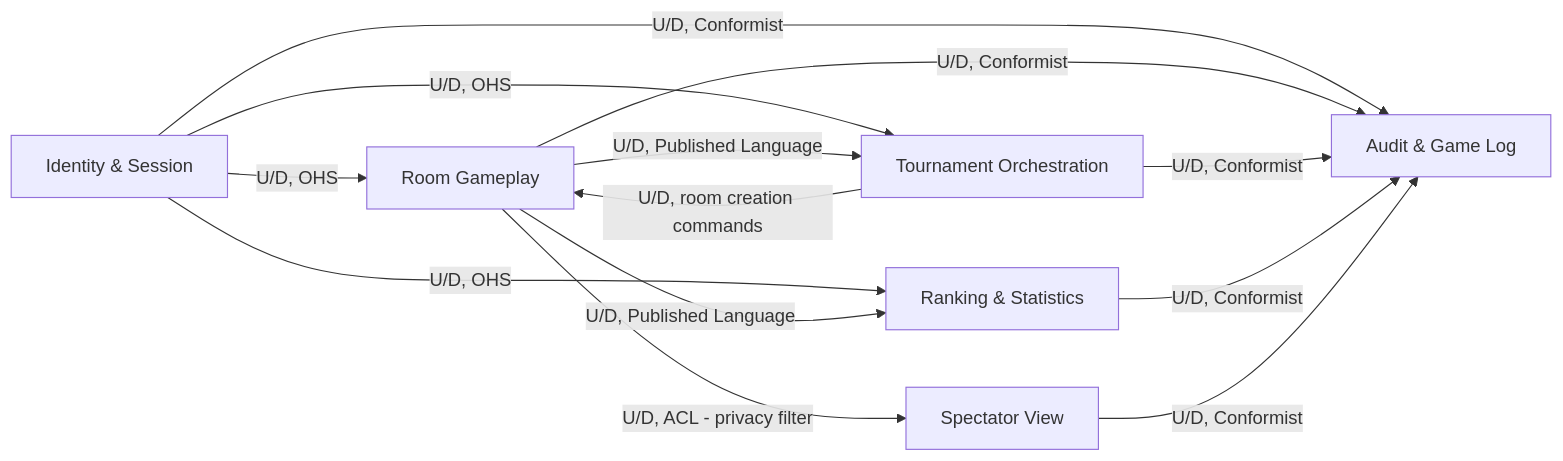
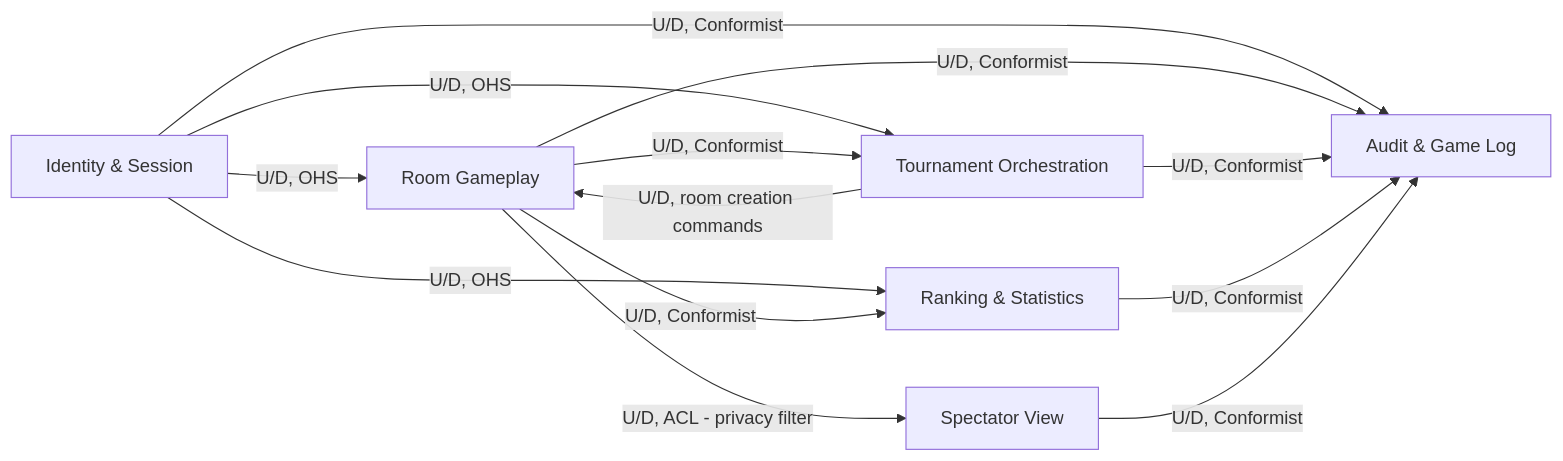
Before and after one commit to berni-245/UnoArena: the diagram in spec/diagrams/context-map.md, drawn with Mermaid. The commit also changed 9 other files, not shown here.

````diff
--- a/spec/diagrams/context-map.md
+++ b/spec/diagrams/context-map.md
@@ -3,26 +3,26 @@
 ```mermaid
 graph LR
     ID["Identity & Session"]
     RG["Room Gameplay"]
     TO["Tournament Orchestration"]
     RS["Ranking & Statistics"]
     SV["Spectator View"]
     AL["Audit & Game Log"]
 
     ID -->|"U/D, OHS"| RG
     ID -->|"U/D, OHS"| TO
     ID -->|"U/D, OHS"| RS
     ID -->|"U/D, Conformist"| AL
 
-    RG -->|"U/D, Published Language"| TO
-    RG -->|"U/D, Published Language"| RS
+    RG -->|"U/D, Conformist"| TO
+    RG -->|"U/D, Conformist"| RS
     RG -->|"U/D, ACL - privacy filter"| SV
     RG -->|"U/D, Conformist"| AL
 
     TO -->|"U/D, room creation commands"| RG
     TO -->|"U/D, Conformist"| AL
 
     RS -->|"U/D, Conformist"| AL
 
     SV -->|"U/D, Conformist"| AL
 ```
````
